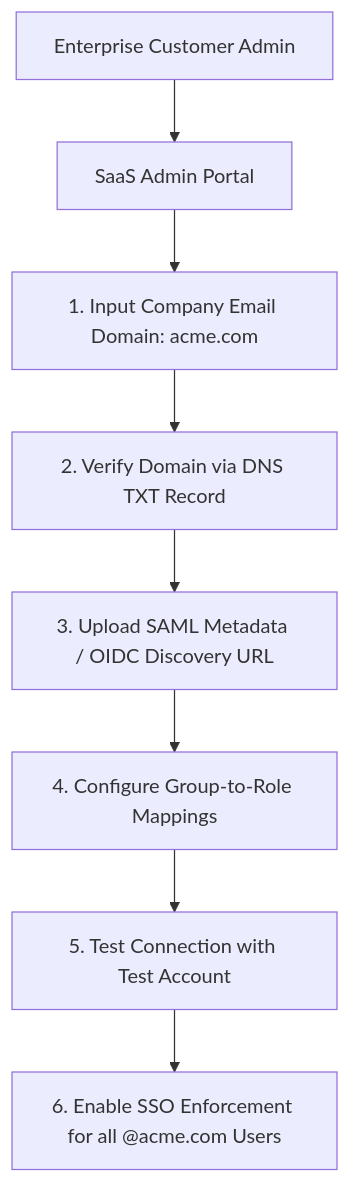
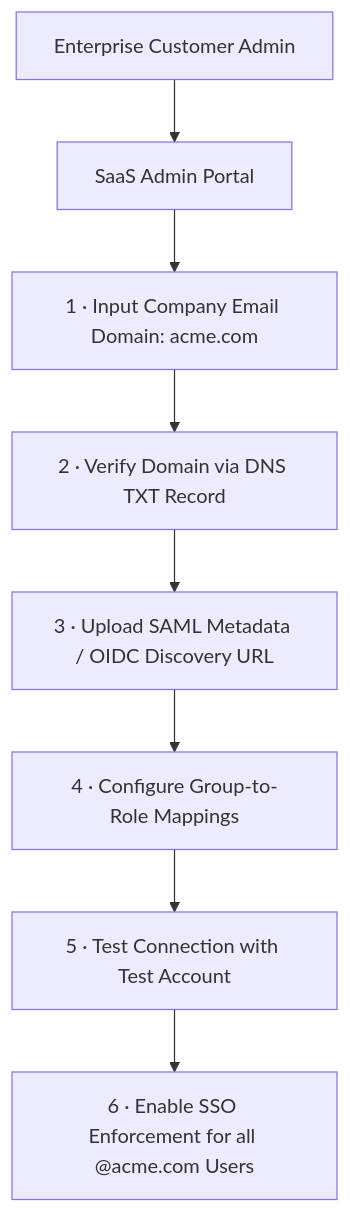
Before and after one commit to darshan-raul/cloudnative-wiki: the second of 2 diagrams in content/Architecture/solution-architecture-concepts/authentication/stage4/04-multi-tenant-b2b-b2c.md, drawn with Mermaid. The commit also changed 94 other files, not shown here.

````diff
--- a/content/Architecture/solution-architecture-concepts/authentication/stage4/04-multi-tenant-b2b-b2c.md
+++ b/content/Architecture/solution-architecture-concepts/authentication/stage4/04-multi-tenant-b2b-b2c.md
@@ -188,10 +188,10 @@
 ```mermaid
 flowchart TD
     Admin[Enterprise Customer Admin] --> Portal[SaaS Admin Portal]
-    Portal --> Step1[1. Input Company Email Domain: acme.com]
-    Step1 --> Step2[2. Verify Domain via DNS TXT Record]
-    Step2 --> Step3[3. Upload SAML Metadata / OIDC Discovery URL]
-    Step3 --> Step4[4. Configure Group-to-Role Mappings]
-    Step4 --> Step5[5. Test Connection with Test Account]
-    Step5 --> Step6[6. Enable SSO Enforcement for all @acme.com Users]
+    Portal --> Step1[1 · Input Company Email Domain: acme.com]
+    Step1 --> Step2[2 · Verify Domain via DNS TXT Record]
+    Step2 --> Step3[3 · Upload SAML Metadata / OIDC Discovery URL]
+    Step3 --> Step4[4 · Configure Group-to-Role Mappings]
+    Step4 --> Step5[5 · Test Connection with Test Account]
+    Step5 --> Step6[6 · Enable SSO Enforcement for all @acme.com Users]
 ```
````
